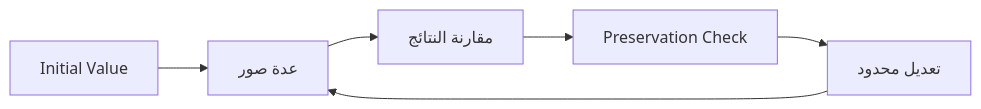
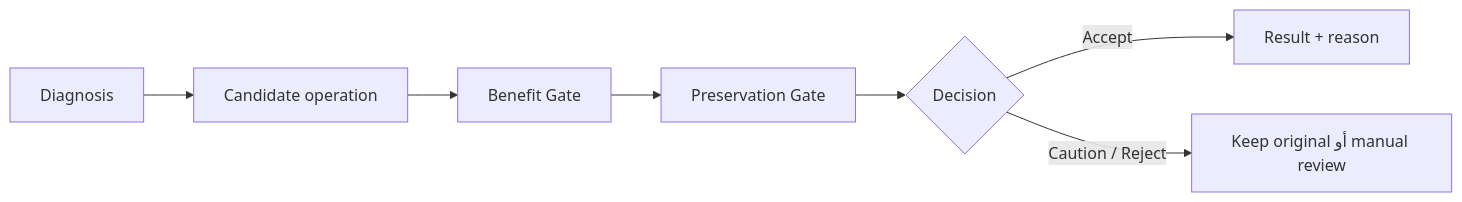
The fifth of 6 diagrams in docs/research-plan.md (Alhareith/manuscript-doctor), drawn with Mermaid before and after one commit. The commit also changed other lines of this file and 168 other files, not shown here.

````diff
--- a/docs/research-plan.md
+++ b/docs/research-plan.md
@@ -144,8 +171,9 @@
 ```mermaid
 flowchart LR
-    A["Initial Value"] --> B["عدة صور"]
-    B --> C["مقارنة النتائج"]
-    C --> D["Preservation Check"]
-    D --> E["تعديل محدود"]
-    E --> B
+    A["Diagnosis"] --> B["Candidate operation"]
+    B --> C["Benefit Gate"]
+    C --> D["Preservation Gate"]
+    D --> E{"Decision"}
+    E -->|"Accept"| F["Result + reason"]
+    E -->|"Caution / Reject"| G["Keep original أو manual review"]
 ```
````
